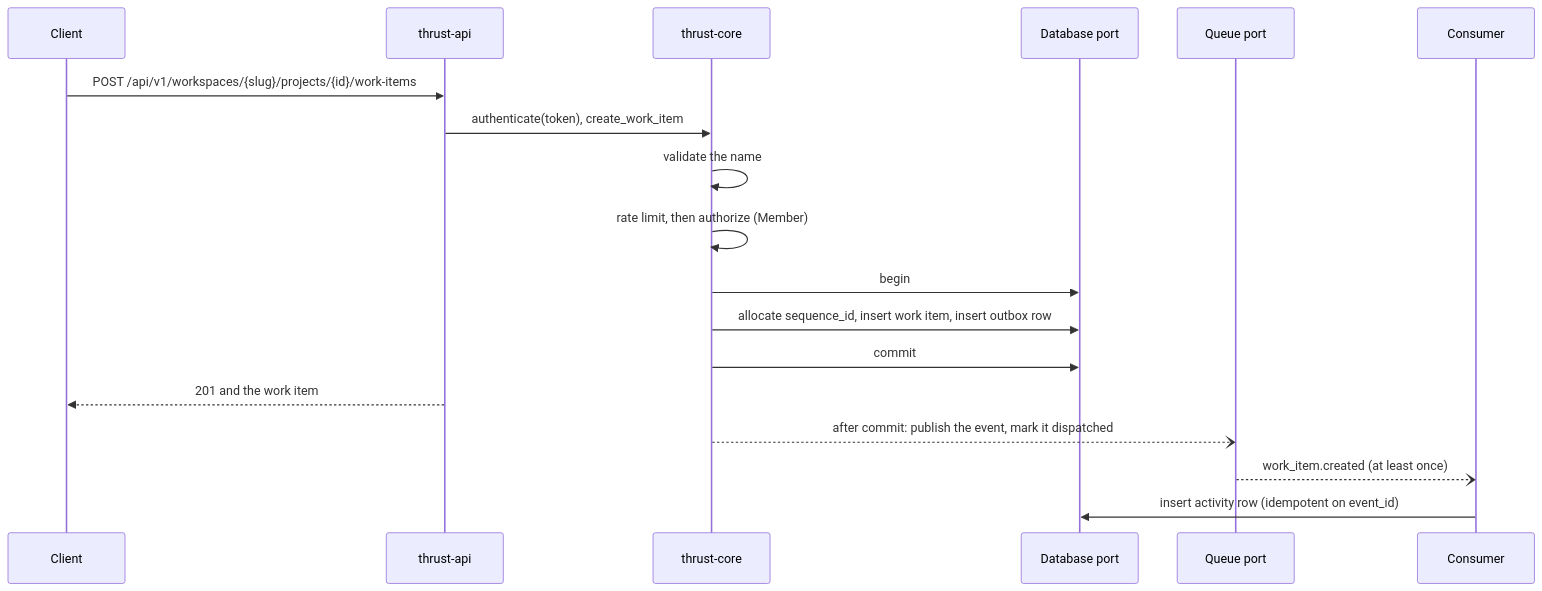
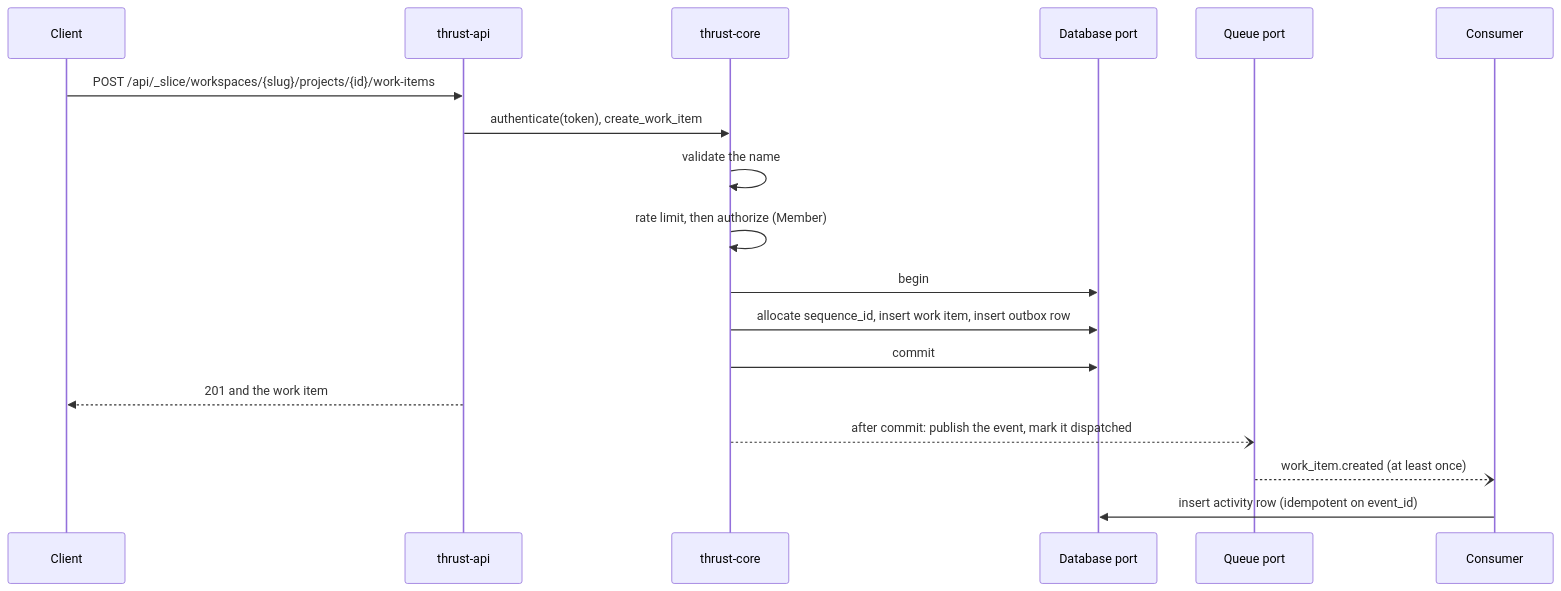
One commit to aRustyDev/thrust changed the diagram in docs/src/flows/app.md. Above: the diagram before and after it, drawn with Mermaid. The commit also changed other lines of this file and 7 other files, not shown here.

````diff
--- a/docs/src/flows/app.md
+++ b/docs/src/flows/app.md
@@ -88,21 +97,21 @@
 ```mermaid
 sequenceDiagram
   participant C as Client
   participant A as thrust-api
   participant K as thrust-core
   participant D as Database port
   participant Q as Queue port
   participant E as Consumer
 
-  C->>A: POST /api/v1/workspaces/{slug}/projects/{id}/work-items
+  C->>A: POST /api/_slice/workspaces/{slug}/projects/{id}/work-items
   A->>K: authenticate(token), create_work_item
   K->>K: validate the name
   K->>K: rate limit, then authorize (Member)
   K->>D: begin
   K->>D: allocate sequence_id, insert work item, insert outbox row
   K->>D: commit
   A-->>C: 201 and the work item
   K--)Q: after commit: publish the event, mark it dispatched
   Q--)E: work_item.created (at least once)
   E->>D: insert activity row (idempotent on event_id)
 ```
````
